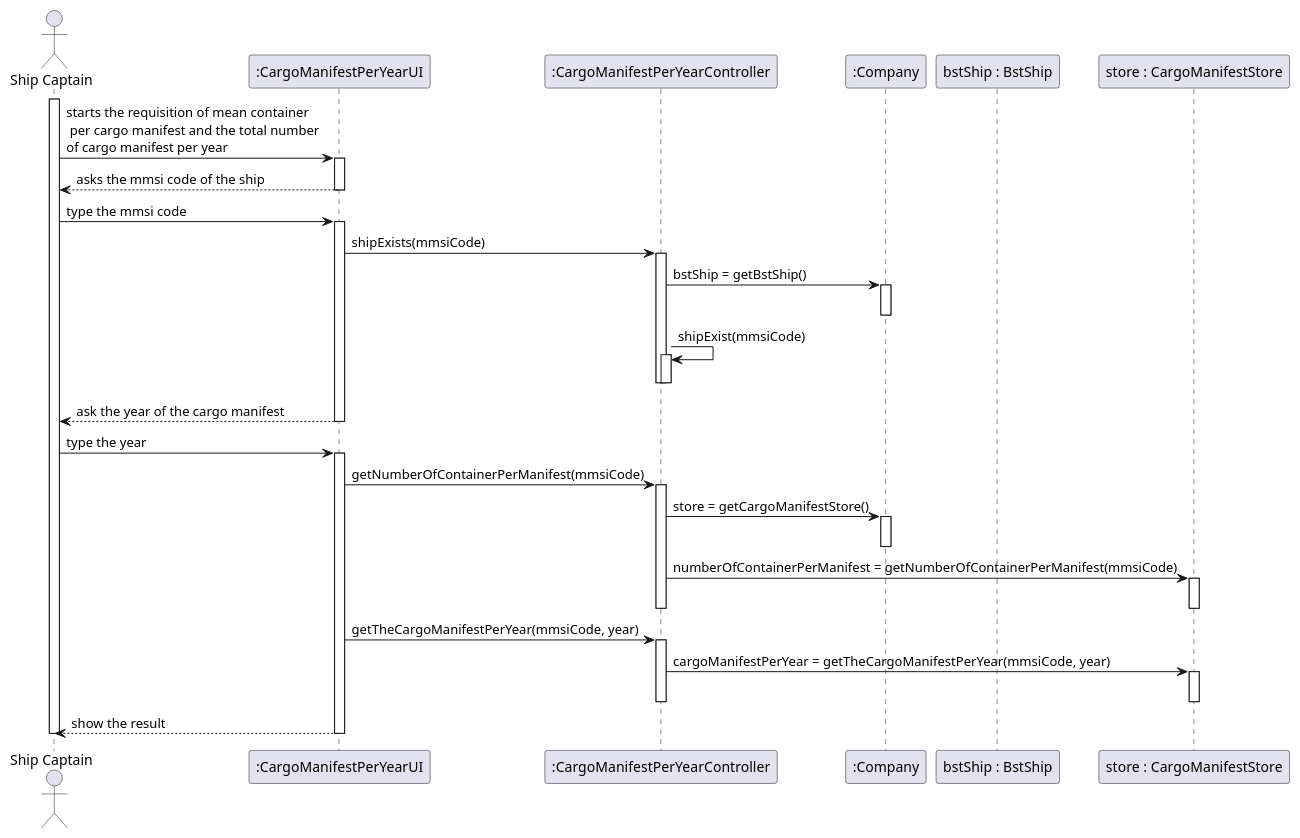
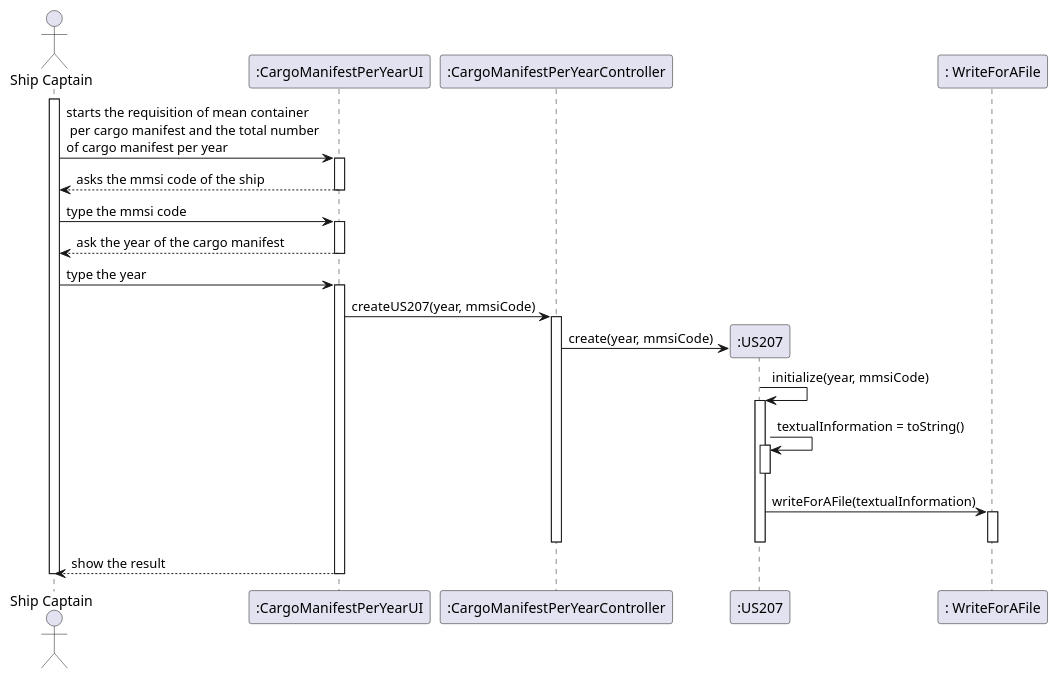
One commit to 0franciscor/lapr3-2021-g042 changed the diagram in docs/US207/US207_SD.puml. Above: the diagram before and after it, drawn with PlantUML. The commit also changed 16 other files, not shown here.

```diff
--- a/docs/US207/US207_SD.puml
+++ b/docs/US207/US207_SD.puml
@@ -1,54 +1,48 @@
 @startuml
 'https://plantuml.com/class-diagram
 
 actor "Ship Captain" as SC
 participant ":CargoManifestPerYearUI" as UI
 participant ":CargoManifestPerYearController" as CT
-participant ":Company" as CP
-participant "bstShip : BstShip" as BST
-participant "store : CargoManifestStore" as ST
+participant ":US207" as US
+participant ": WriteForAFile" as WF
+
 
 
 activate SC
 SC -> UI : starts the requisition of mean container \n per cargo manifest and the total number \nof cargo manifest per year
 activate UI
 UI --> SC : asks the mmsi code of the ship
 deactivate UI
 SC -> UI : type the mmsi code
 activate UI
-UI -> CT : shipExists(mmsiCode)
-activate CT
-CT -> CP : bstShip = getBstShip()
-activate CP
-deactivate CP
+UI --> SC : ask the year of the cargo manifest
 
-CT -> CT: shipExist(mmsiCode)
-activate CT
-deactivate CT
-deactivate CT
-
-UI --> SC : ask the year of the cargo manifest
 deactivate UI
 SC->UI : type the year
+
 activate UI
-UI -> CT : getNumberOfContainerPerManifest(mmsiCode)
+UI->CT : createUS207(year, mmsiCode)
 activate CT
-CT ->CP : store = getCargoManifestStore()
-activate CP
-deactivate CP
-CT -> ST : numberOfContainerPerManifest = getNumberOfContainerPerManifest(mmsiCode)
-activate ST
-deactivate ST
-deactivate CT
-UI -> CT : getTheCargoManifestPerYear(mmsiCode, year)
-activate CT
-CT -> ST : cargoManifestPerYear = getTheCargoManifestPerYear(mmsiCode, year)
-activate ST
-deactivate ST
-deactivate CT
 
 
+CT -> US** : create(year, mmsiCode)
+
+US -> US: initialize(year, mmsiCode)
+activate US
+
+US -> US : textualInformation = toString()
+activate US
+deactivate US
+US -> WF : writeForAFile(textualInformation)
+
+activate WF
+deactivate WF
+
+deactivate US
+
+deactivate CT
 UI-->SC : show the result
 deactivate UI
 deactivate SC
 @enduml
```
